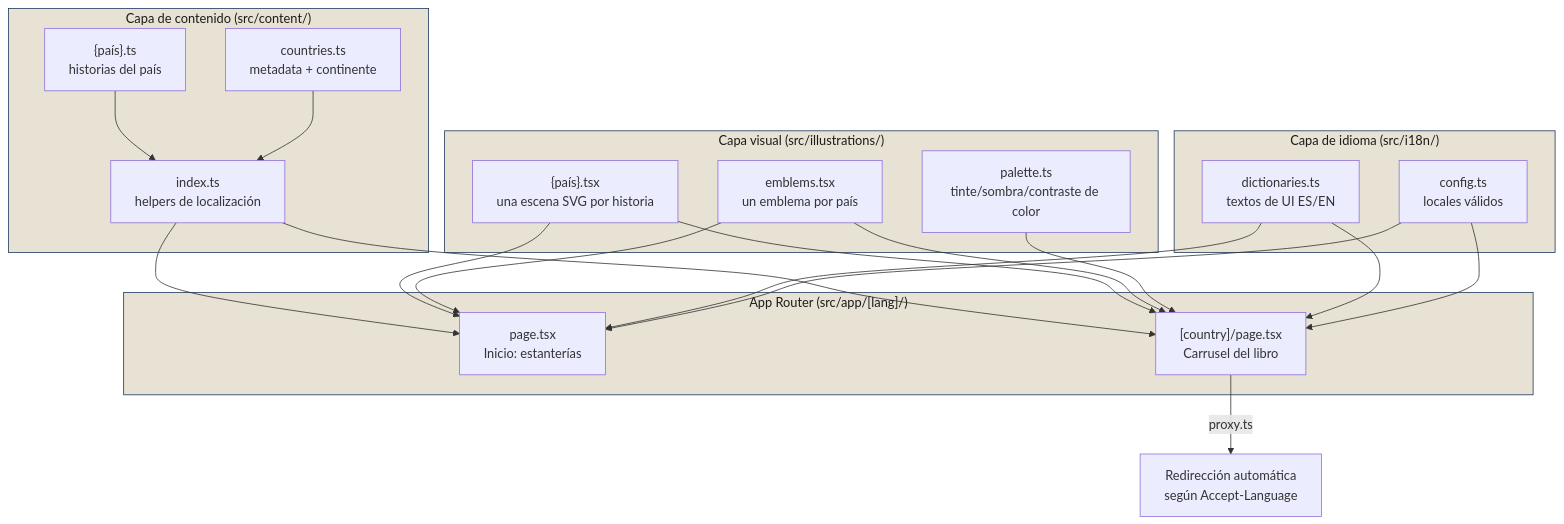
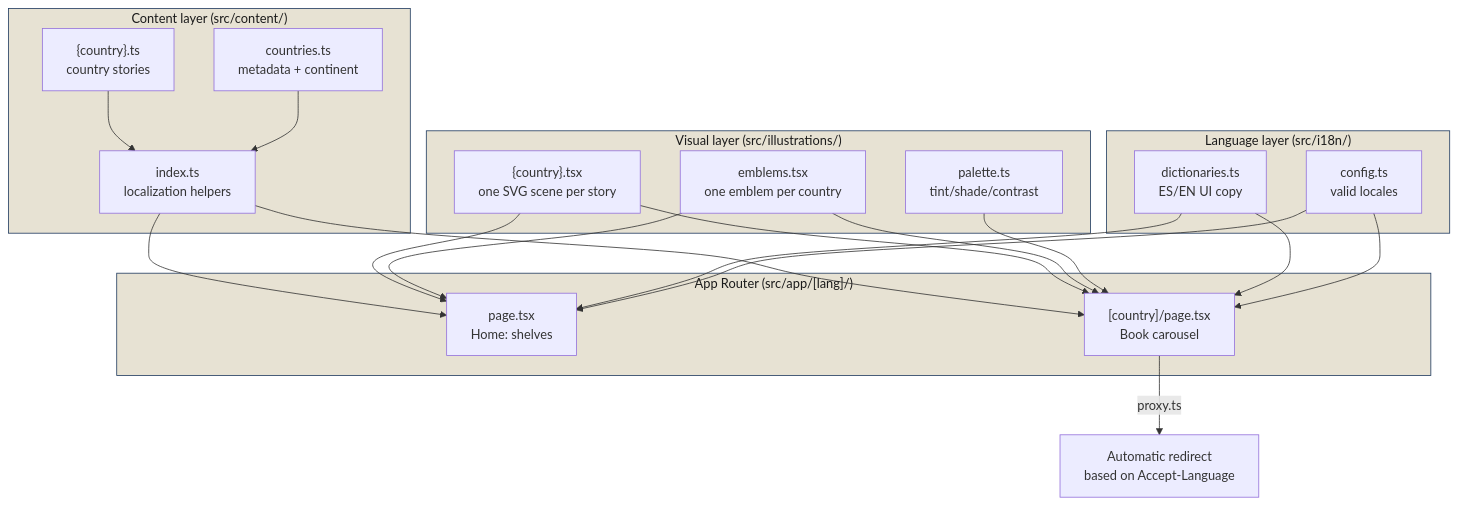
One commit to jorgediazok/the-culture-atlas changed the diagram in README.md. Above: the diagram before and after it, drawn with Mermaid. The commit also changed other lines of this file and 13 other files, not shown here.

````diff
--- a/README.md
+++ b/README.md
@@ -84,35 +85,35 @@
 ```mermaid
 flowchart TD
-    subgraph Contenido["Capa de contenido (src/content/)"]
-        A["{país}.ts<br/>historias del país"]
-        B["countries.ts<br/>metadata + continente"]
-        C["index.ts<br/>helpers de localización"]
+    subgraph Content["Content layer (src/content/)"]
+        A["{country}.ts<br/>country stories"]
+        B["countries.ts<br/>metadata + continent"]
+        C["index.ts<br/>localization helpers"]
     end
 
-    subgraph Ilustraciones["Capa visual (src/illustrations/)"]
-        D["{país}.tsx<br/>una escena SVG por historia"]
-        E["emblems.tsx<br/>un emblema por país"]
-        F["palette.ts<br/>tinte/sombra/contraste de color"]
+    subgraph Illustrations["Visual layer (src/illustrations/)"]
+        D["{country}.tsx<br/>one SVG scene per story"]
+        E["emblems.tsx<br/>one emblem per country"]
+        F["palette.ts<br/>tint/shade/contrast"]
     end
 
-    subgraph i18nL["Capa de idioma (src/i18n/)"]
-        G["dictionaries.ts<br/>textos de UI ES/EN"]
-        H["config.ts<br/>locales válidos"]
+    subgraph i18nL["Language layer (src/i18n/)"]
+        G["dictionaries.ts<br/>ES/EN UI copy"]
+        H["config.ts<br/>valid locales"]
     end
 
-    subgraph Rutas["App Router (src/app/[lang]/)"]
-        I["page.tsx<br/>Inicio: estanterías"]
-        J["[country]/page.tsx<br/>Carrusel del libro"]
+    subgraph Routes["App Router (src/app/[lang]/)"]
+        I["page.tsx<br/>Home: shelves"]
+        J["[country]/page.tsx<br/>Book carousel"]
     end
 
     A & B --> C --> I & J
     D & E & F --> J
     D & E --> I
     G & H --> I & J
-    J -->|"proxy.ts"| K["Redirección automática<br/>según Accept-Language"]
+    J -->|"proxy.ts"| K["Automatic redirect<br/>based on Accept-Language"]
 
-    style Contenido fill:#e7e2d3,stroke:#1f3a5f,color:#1a1a1a
-    style Ilustraciones fill:#e7e2d3,stroke:#1f3a5f,color:#1a1a1a
+    style Content fill:#e7e2d3,stroke:#1f3a5f,color:#1a1a1a
+    style Illustrations fill:#e7e2d3,stroke:#1f3a5f,color:#1a1a1a
     style i18nL fill:#e7e2d3,stroke:#1f3a5f,color:#1a1a1a
-    style Rutas fill:#e7e2d3,stroke:#1f3a5f,color:#1a1a1a
+    style Routes fill:#e7e2d3,stroke:#1f3a5f,color:#1a1a1a
 ```
````
